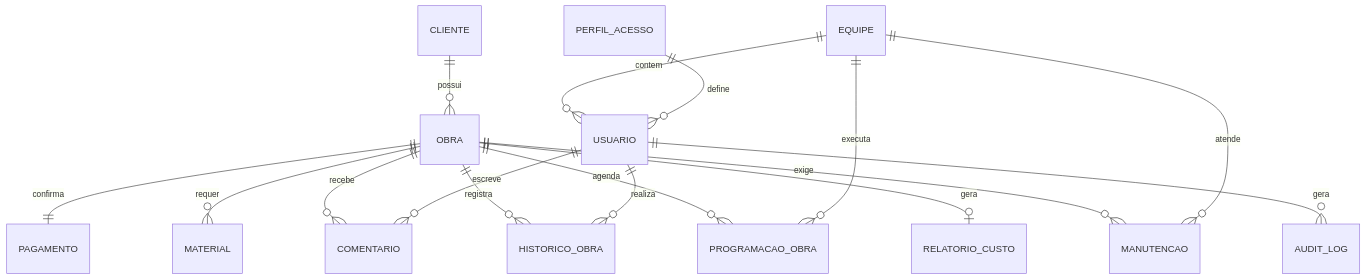
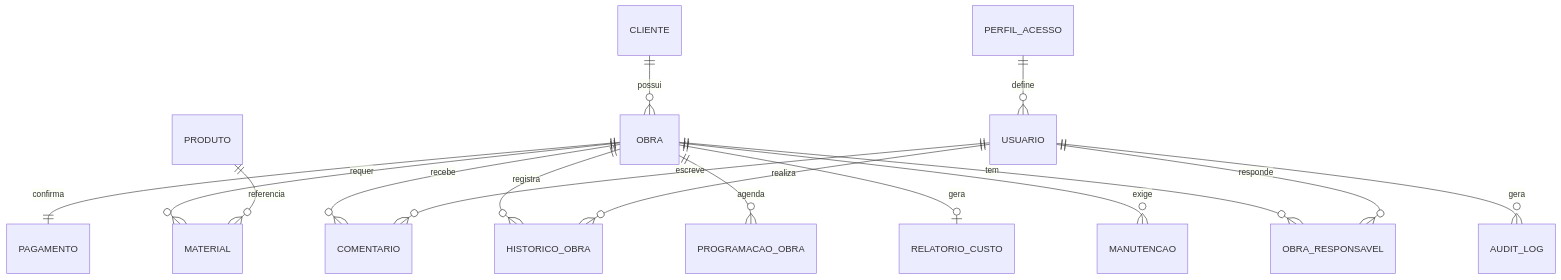
Before and after one commit to r7melo/pi4-2026-2-equipe-5: the diagram in docs/Requisitos/06-modelo-dados.md, drawn with Mermaid. The commit also changed other lines of this file and 15 other files, not shown here.

````diff
--- a/docs/Requisitos/06-modelo-dados.md
+++ b/docs/Requisitos/06-modelo-dados.md
@@ -187,18 +188,18 @@
 ```mermaid
 erDiagram
   CLIENTE ||--o{ OBRA : possui
   OBRA ||--|| PAGAMENTO : confirma
   OBRA ||--o{ MATERIAL : requer
   OBRA ||--o{ COMENTARIO : recebe
   OBRA ||--o{ HISTORICO_OBRA : registra
   OBRA ||--o{ PROGRAMACAO_OBRA : agenda
   OBRA ||--o| RELATORIO_CUSTO : gera
   OBRA ||--o{ MANUTENCAO : exige
-  EQUIPE ||--o{ PROGRAMACAO_OBRA : executa
-  EQUIPE ||--o{ USUARIO : contem
-  EQUIPE ||--o{ MANUTENCAO : atende
+  OBRA ||--o{ OBRA_RESPONSAVEL : tem
+  USUARIO ||--o{ OBRA_RESPONSAVEL : responde
+  PRODUTO ||--o{ MATERIAL : referencia
   PERFIL_ACESSO ||--o{ USUARIO : define
   USUARIO ||--o{ COMENTARIO : escreve
   USUARIO ||--o{ HISTORICO_OBRA : realiza
   USUARIO ||--o{ AUDIT_LOG : gera
 ```
````
